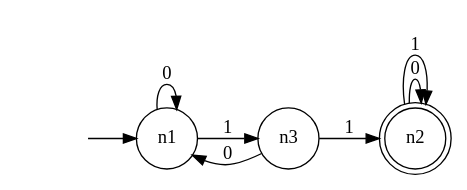
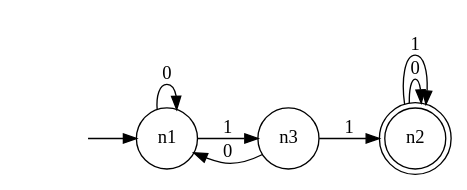
One commit to Ren23813/proyecto1_teoriaComputacion changed the diagram in Minimal.gv. Above: the diagram before and after it, drawn with Graphviz. The commit also changed other lines of this file and 10 other files, not shown here.

```diff
--- a/Minimal.gv
+++ b/Minimal.gv
@@ -1,14 +1,14 @@
 digraph Minimal {
 	graph [rankdir=LR]
 	"" [label="" shape=plaintext]
 	n2 [label=n2 shape=doublecircle]
+	n3 [label=n3 shape=circle]
 	n1 [label=n1 shape=circle]
-	n3 [label=n3 shape=circle]
 	"" -> n1 [label=""]
-	n1 -> n1 [label=0]
-	n1 -> n3 [label=1]
+	n2 -> n2 [label=0]
+	n2 -> n2 [label=1]
 	n3 -> n1 [label=0]
 	n3 -> n2 [label=1]
-	n2 -> n2 [label=0]
-	n2 -> n2 [label=1]
+	n1 -> n3 [label=1]
+	n1 -> n1 [label=0]
 }
```
